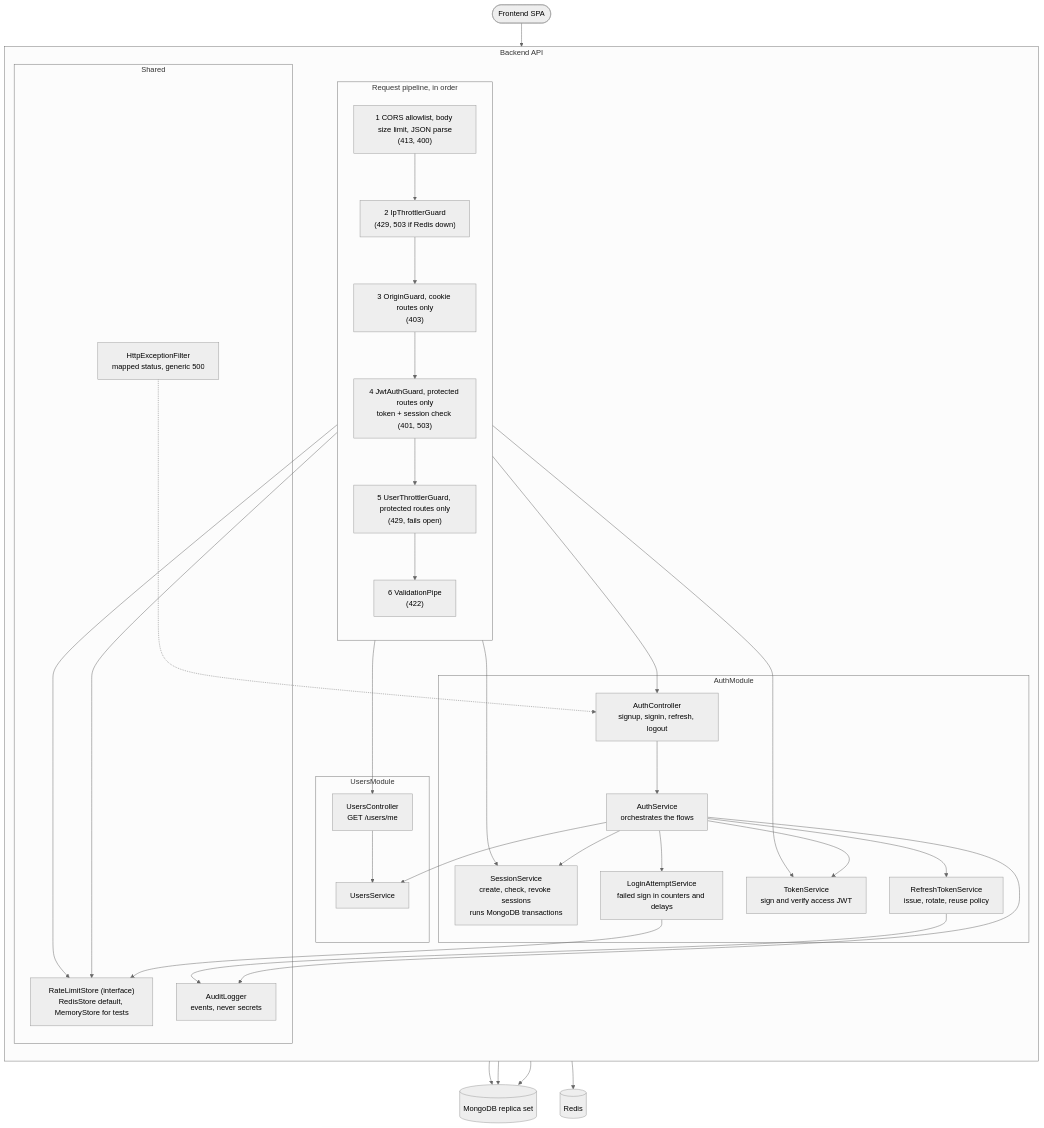
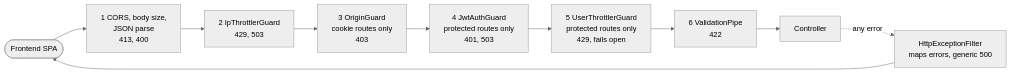
Before and after one commit to Rowan-habashy/easyGenerator-auth: the second of 8 diagrams in docs/architecture/c3-component.md, drawn with Mermaid (neutral theme). The commit also changed other lines of this file and 4 other files, not shown here.

Commit message:
Implement databse ERD

````diff
--- a/docs/architecture/c3-component.md
+++ b/docs/architecture/c3-component.md
@@ -5,55 +29,16 @@
 ```mermaid
-flowchart TB
+flowchart LR
     client([Frontend SPA])
+    p1["1 CORS, body size,<br/>JSON parse<br/>413, 400"]
+    p2["2 IpThrottlerGuard<br/>429, 503"]
+    p3["3 OriginGuard<br/>cookie routes only<br/>403"]
+    p4["4 JwtAuthGuard<br/>protected routes only<br/>401, 503"]
+    p5["5 UserThrottlerGuard<br/>protected routes only<br/>429, fails open"]
+    p6["6 ValidationPipe<br/>422"]
+    ctl["Controller"]
+    filt["HttpExceptionFilter<br/>maps errors, generic 500"]
 
-    subgraph api[Backend API]
-        direction TB
-        subgraph pipe[Request pipeline, in order]
-            direction TB
-            p1["1 CORS allowlist, body size limit, JSON parse<br/>(413, 400)"]
-            p2["2 IpThrottlerGuard<br/>(429, 503 if Redis down)"]
-            p3["3 OriginGuard, cookie routes only<br/>(403)"]
-            p4["4 JwtAuthGuard, protected routes only<br/>token + session check (401, 503)"]
-            p5["5 UserThrottlerGuard, protected routes only<br/>(429, fails open)"]
-            p6["6 ValidationPipe<br/>(422)"]
-            p1 --> p2 --> p3 --> p4 --> p5 --> p6
-        end
-        subgraph auth[AuthModule]
-            ac["AuthController<br/>signup, signin, refresh, logout"]
-            as["AuthService<br/>orchestrates the flows"]
-            ss["SessionService<br/>create, check, revoke sessions<br/>runs MongoDB transactions"]
-            rts["RefreshTokenService<br/>issue, rotate, reuse policy"]
-            ts["TokenService<br/>sign and verify access JWT"]
-            lat["LoginAttemptService<br/>failed sign in counters and delays"]
-        end
-        subgraph users[UsersModule]
-            uc["UsersController<br/>GET /users/me"]
-            us["UsersService"]
-        end
-        subgraph shared[Shared]
-            rl["RateLimitStore (interface)<br/>RedisStore default, MemoryStore for tests"]
-            al["AuditLogger<br/>events, never secrets"]
-            ef["HttpExceptionFilter<br/>mapped status, generic 500"]
-        end
-    end
-    db[("MongoDB replica set")]
-    redis[("Redis")]
-
-    client --> p1
-    p6 --> ac --> as
-    p6 --> uc --> us
-    as --> us
-    as --> ss --> db
-    as --> rts --> db
-    as --> ts
-    as --> lat --> rl
-    p2 --> rl
-    p5 --> rl
-    rl --> redis
-    us --> db
-    p4 --> ss
-    p4 --> ts
-    as --> al
-    rts --> al
-    ef -.-> ac
+    client --> p1 --> p2 --> p3 --> p4 --> p5 --> p6 --> ctl
+    ctl -. "any error" .-> filt
+    filt --> client
 ```
````
